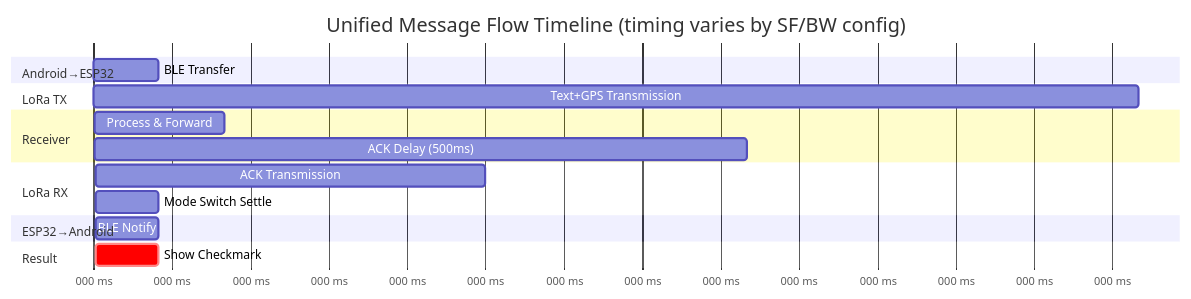
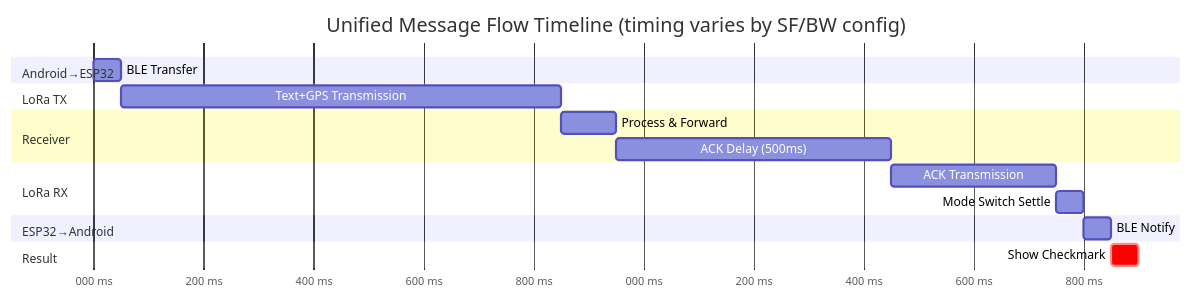
The third of 3 diagrams in README.md (psytraxx/android-lora-ble-bridge), drawn with Mermaid before and after one commit. The commit also changed other lines of this file and 4 other files, not shown here.

````diff
--- a/README.md
+++ b/README.md
@@ -237,26 +237,26 @@
 ```mermaid
 gantt
     title Unified Message Flow Timeline (timing varies by SF/BW config)
-    dateFormat X
+    dateFormat x
     axisFormat %L ms
 
     section Android→ESP32
     BLE Transfer          :a1, 0, 50
 
     section LoRa TX
-    Text+GPS Transmission :a2, 50, 800
+    Text+GPS Transmission :a2, 50, 850
 
     section Receiver
-    Process & Forward     :a3, 850, 100
-    ACK Delay (500ms)     :a4, 950, 500
+    Process & Forward     :a3, 850, 950
+    ACK Delay (500ms)     :a4, 950, 1450
 
     section LoRa RX
-    ACK Transmission      :a5, 1450, 300
-    Mode Switch Settle    :a6, 1750, 50
+    ACK Transmission      :a5, 1450, 1750
+    Mode Switch Settle    :a6, 1750, 1800
 
     section ESP32→Android
-    BLE Notify            :a7, 1800, 50
+    BLE Notify            :a7, 1800, 1850
 
     section Result
-    Show Checkmark        :crit, a8, 1850, 50
+    Show Checkmark        :crit, a8, 1850, 1900
 ```
````
